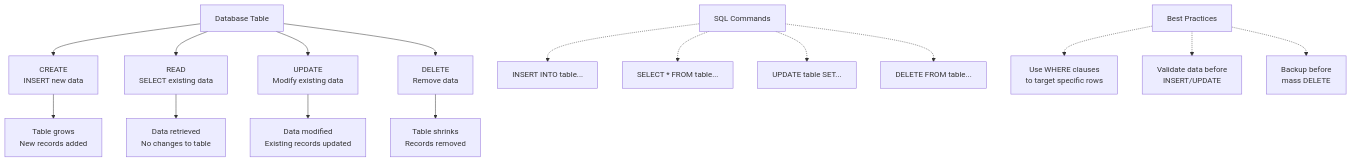
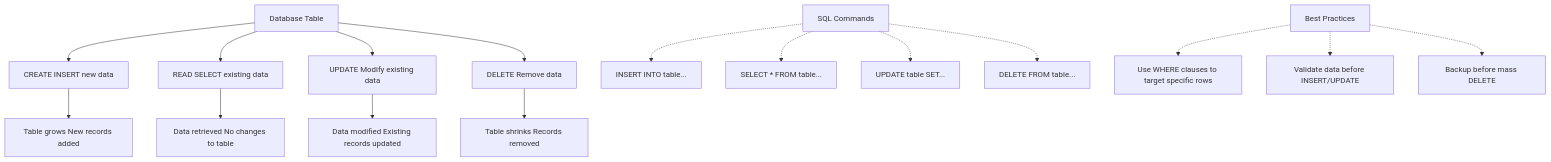
One commit to basharArif/sql-learning-path changed the first of 2 diagrams in fundamentals/1-introduction-and-basics.md. Above: the diagram before and after it, drawn with Mermaid. The commit also changed 2 other files, not shown here.

Commit message:
Fix Mermaid diagrams: Remove \n sequences and replace with spaces for proper rendering

````diff
--- a/fundamentals/1-introduction-and-basics.md
+++ b/fundamentals/1-introduction-and-basics.md
@@ -54,21 +54,21 @@
 ```mermaid
 graph TD
-    A[Database Table] --> B["CREATE\nINSERT new data"]
-    A --> C["READ\nSELECT existing data"]
-    A --> D["UPDATE\nModify existing data"]
-    A --> E["DELETE\nRemove data"]
+    A[Database Table] --> B["CREATE INSERT new data"]
+    A --> C["READ SELECT existing data"]
+    A --> D["UPDATE Modify existing data"]
+    A --> E["DELETE Remove data"]
     
-    B --> F["Table grows\nNew records added"]
-    C --> G["Data retrieved\nNo changes to table"]
-    D --> H["Data modified\nExisting records updated"]
-    E --> I["Table shrinks\nRecords removed"]
+    B --> F["Table grows New records added"]
+    C --> G["Data retrieved No changes to table"]
+    D --> H["Data modified Existing records updated"]
+    E --> I["Table shrinks Records removed"]
     
     J[SQL Commands] -.-> K[INSERT INTO table...]
     J -.-> L[SELECT * FROM table...]
     J -.-> M[UPDATE table SET...]
     J -.-> N[DELETE FROM table...]
     
-    O[Best Practices] -.-> P["Use WHERE clauses\nto target specific rows"]
-    O -.-> Q["Validate data before\nINSERT/UPDATE"]
-    O -.-> R["Backup before\nmass DELETE"]
+    O[Best Practices] -.-> P["Use WHERE clauses to target specific rows"]
+    O -.-> Q["Validate data before INSERT/UPDATE"]
+    O -.-> R["Backup before mass DELETE"]
 ```
````
